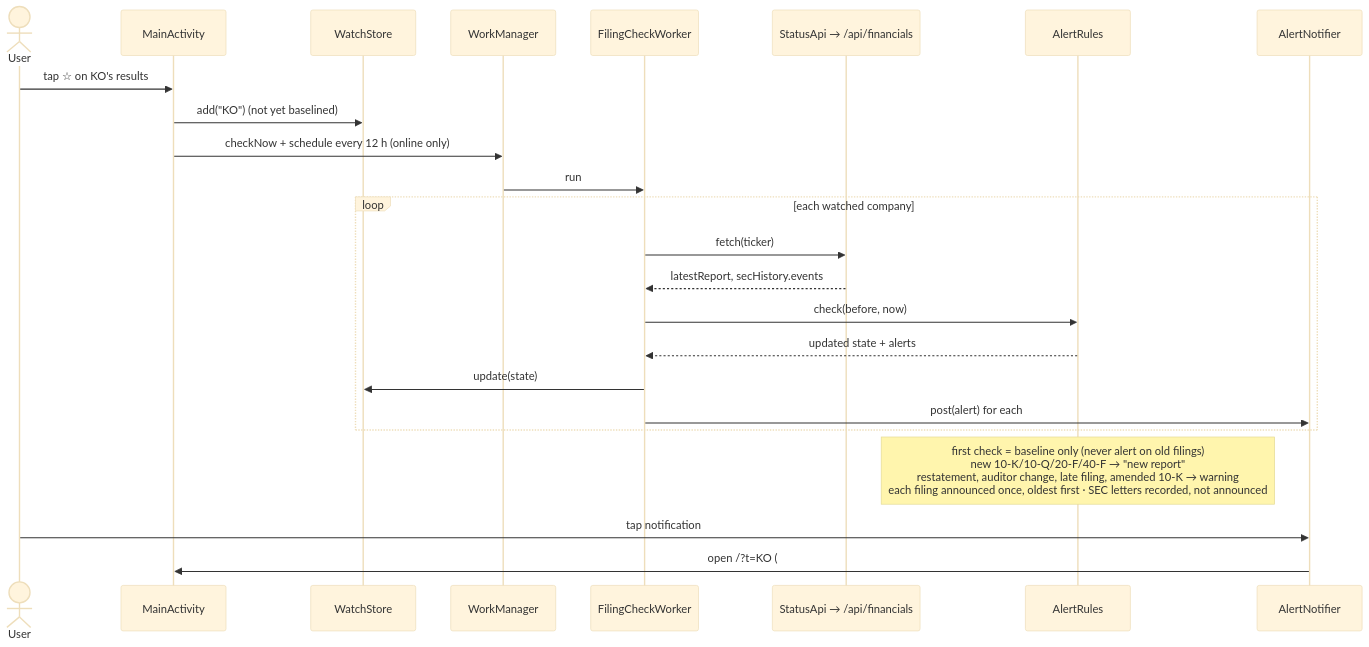
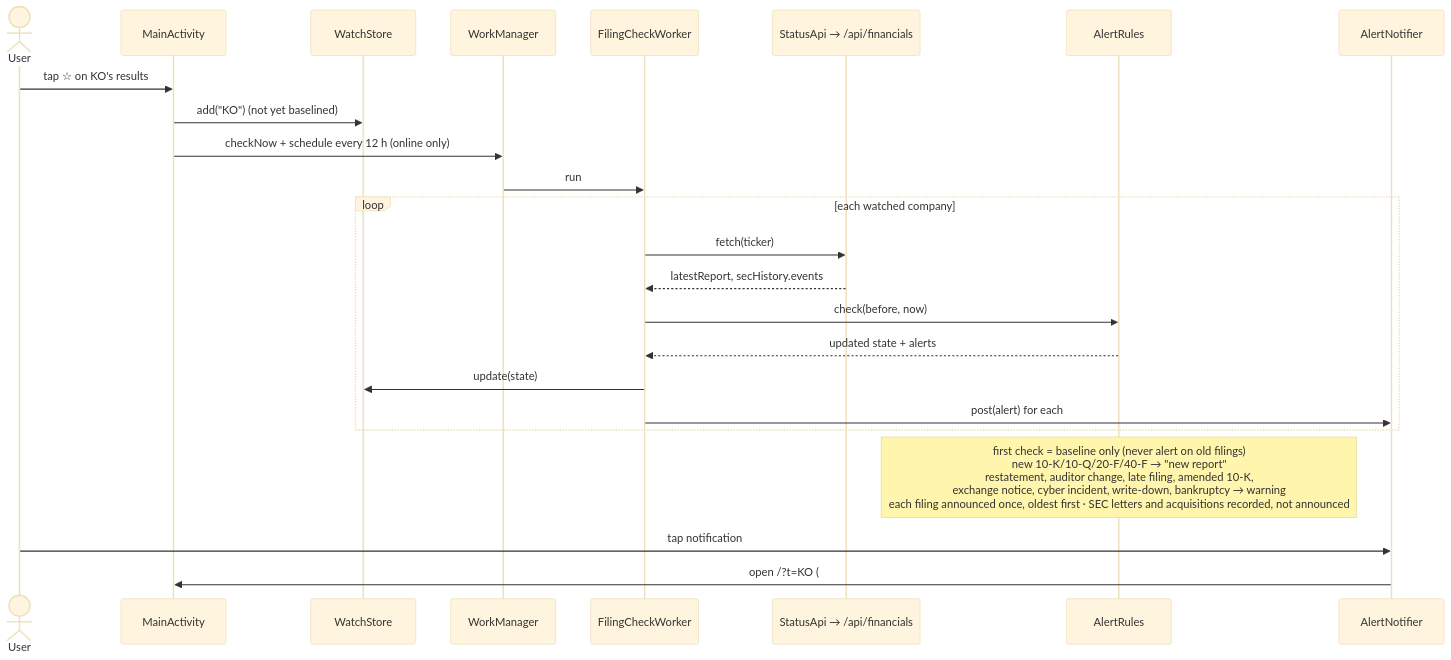
One commit to dipak-nehe/stock-value-mobile changed the fourth of 7 diagrams in android/docs/architecture.md. Above: the diagram before and after it, drawn with Mermaid (base theme). The commit also changed other lines of this file and 13 other files, not shown here.

````diff
--- a/android/docs/architecture.md
+++ b/android/docs/architecture.md
@@ -132,27 +132,27 @@
 ```mermaid
 sequenceDiagram
     actor U as User
     participant M as MainActivity
     participant St as WatchStore
     participant WM as WorkManager
     participant Wk as FilingCheckWorker
     participant A as StatusApi → /api/financials
     participant R as AlertRules
     participant N as AlertNotifier
 
     U->>M: tap ☆ on KO's results
     M->>St: add("KO")  (not yet baselined)
     M->>WM: checkNow + schedule every 12 h (online only)
     WM->>Wk: run
     loop each watched company
         Wk->>A: fetch(ticker)
         A-->>Wk: latestReport, secHistory.events
         Wk->>R: check(before, now)
         R-->>Wk: updated state + alerts
         Wk->>St: update(state)
         Wk->>N: post(alert) for each
     end
-    Note over R: first check = baseline only (never alert on old filings)<br/>new 10-K/10-Q/20-F/40-F → "new report"<br/>restatement, auditor change, late filing, amended 10-K → warning<br/>each filing announced once, oldest first · SEC letters recorded, not announced
+    Note over R: first check = baseline only (never alert on old filings)<br/>new 10-K/10-Q/20-F/40-F → "new report"<br/>restatement, auditor change, late filing, amended 10-K,<br/>exchange notice, cyber incident, write-down, bankruptcy → warning<br/>each filing announced once, oldest first · SEC letters and acquisitions recorded, not announced
     U->>N: tap notification
     N->>M: open /?t=KO (#history for warnings)
 ```
````
